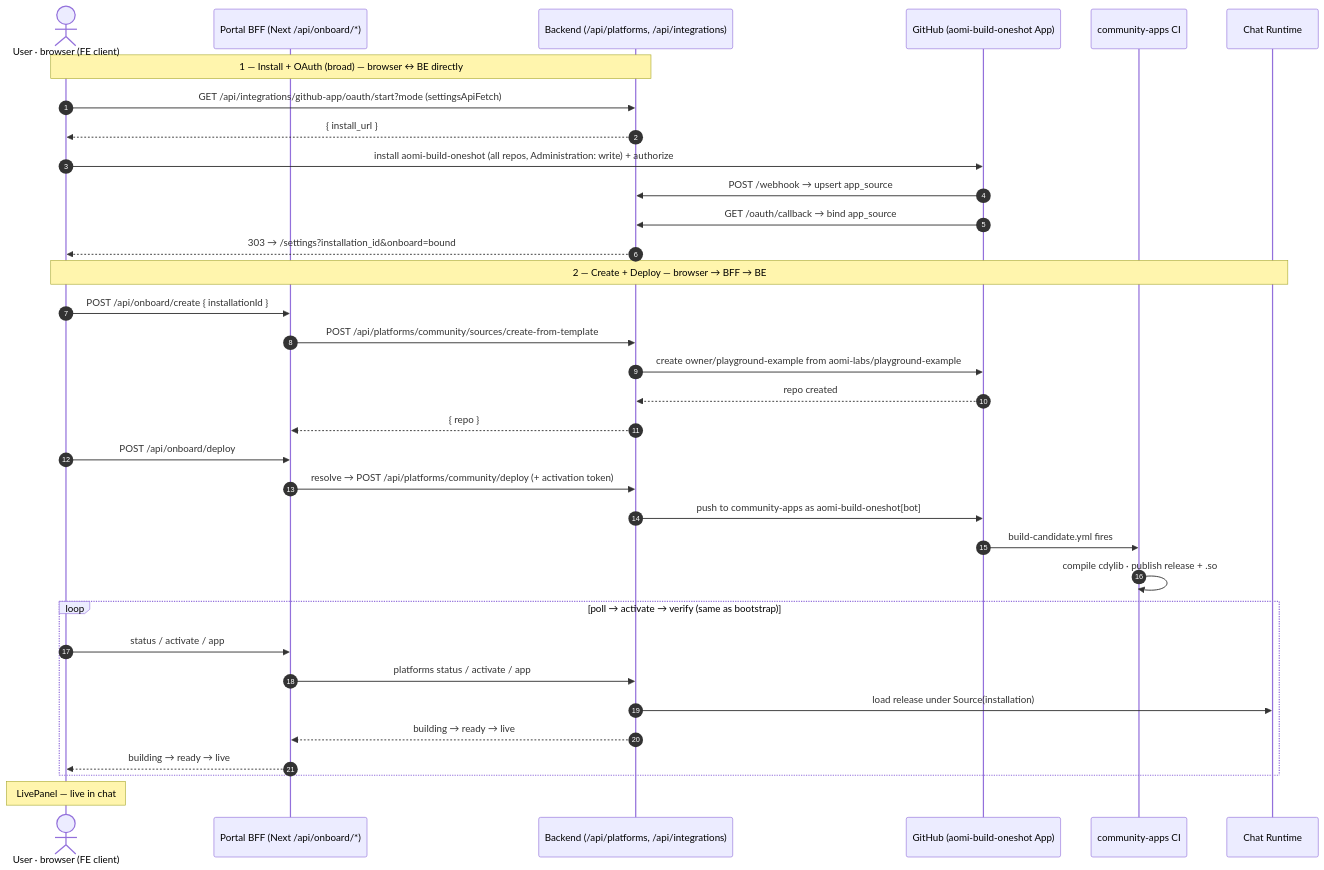
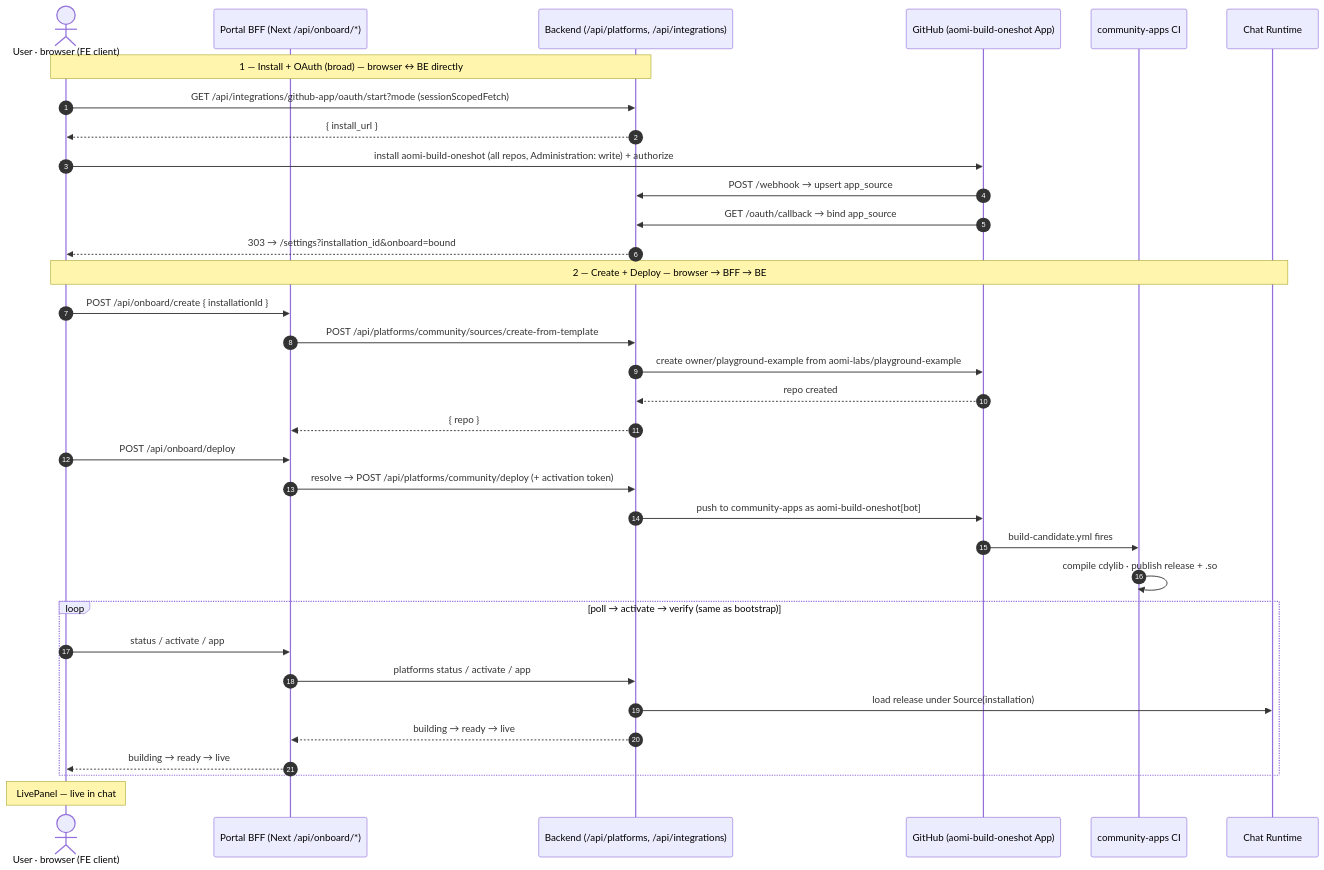
One commit to aomi-labs/aomi-widget changed the third of 3 diagrams in docs/fe-deploy.md. Above: the diagram before and after it, drawn with Mermaid. The commit also changed other lines of this file and 33 other files, not shown here.

First line of the commit message:
fix(account/chat): Para verify, settings session gate, same-origin chat auth

````diff
--- a/docs/fe-deploy.md
+++ b/docs/fe-deploy.md
@@ -154,38 +154,38 @@
 ```mermaid
 sequenceDiagram
     autonumber
     actor U as User · browser (FE client)
     participant BFF as Portal BFF (Next /api/onboard/*)
     participant BE as Backend (/api/platforms, /api/integrations)
     participant GH as GitHub (aomi-build-oneshot App)
     participant CA as community-apps CI
     participant RT as Chat Runtime
 
     Note over U,BE: 1 — Install + OAuth (broad) — browser ↔ BE directly
-    U->>BE: GET /api/integrations/github-app/oauth/start?mode (settingsApiFetch)
+    U->>BE: GET /api/integrations/github-app/oauth/start?mode (sessionScopedFetch)
     BE-->>U: { install_url }
     U->>GH: install aomi-build-oneshot (all repos, Administration: write) + authorize
     GH->>BE: POST /webhook → upsert app_source
     GH->>BE: GET /oauth/callback → bind app_source
     BE-->>U: 303 → /settings?installation_id&onboard=bound
 
     Note over U,RT: 2 — Create + Deploy — browser → BFF → BE
     U->>BFF: POST /api/onboard/create { installationId }
     BFF->>BE: POST /api/platforms/community/sources/create-from-template
     BE->>GH: create owner/playground-example from aomi-labs/playground-example
     GH-->>BE: repo created
     BE-->>BFF: { repo }
     U->>BFF: POST /api/onboard/deploy
     BFF->>BE: resolve → POST /api/platforms/community/deploy (+ activation token)
     BE->>GH: push to community-apps as aomi-build-oneshot[bot]
     GH->>CA: build-candidate.yml fires
     CA->>CA: compile cdylib · publish release + .so
     loop poll → activate → verify (same as bootstrap)
         U->>BFF: status / activate / app
         BFF->>BE: platforms status / activate / app
         BE->>RT: load release under Source(installation)
         BE-->>BFF: building → ready → live
         BFF-->>U: building → ready → live
     end
     Note over U: LivePanel — live in chat
 ```
````
